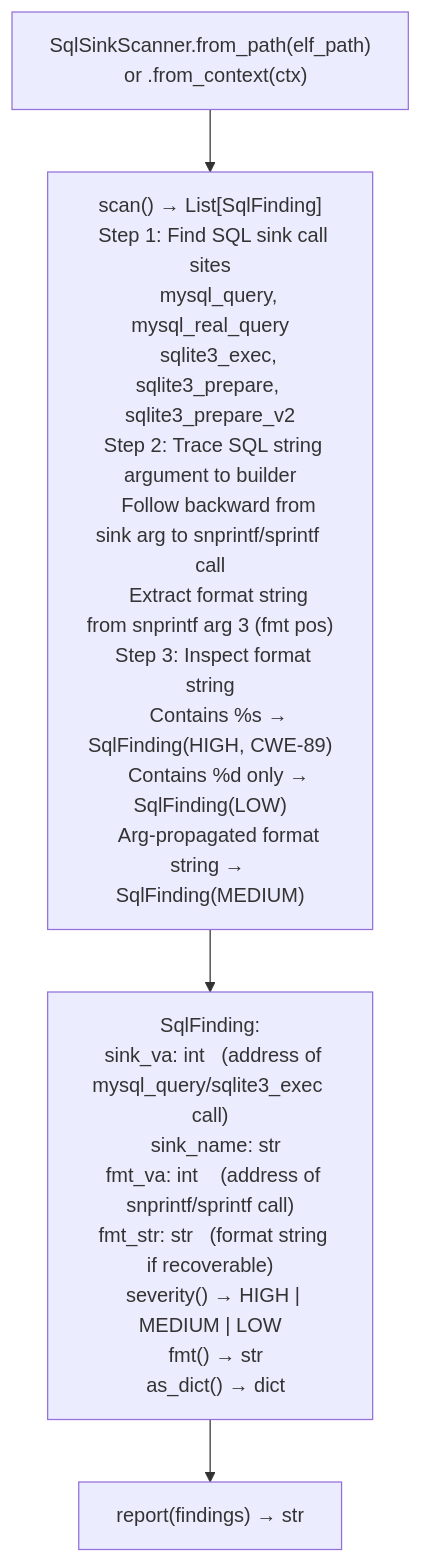
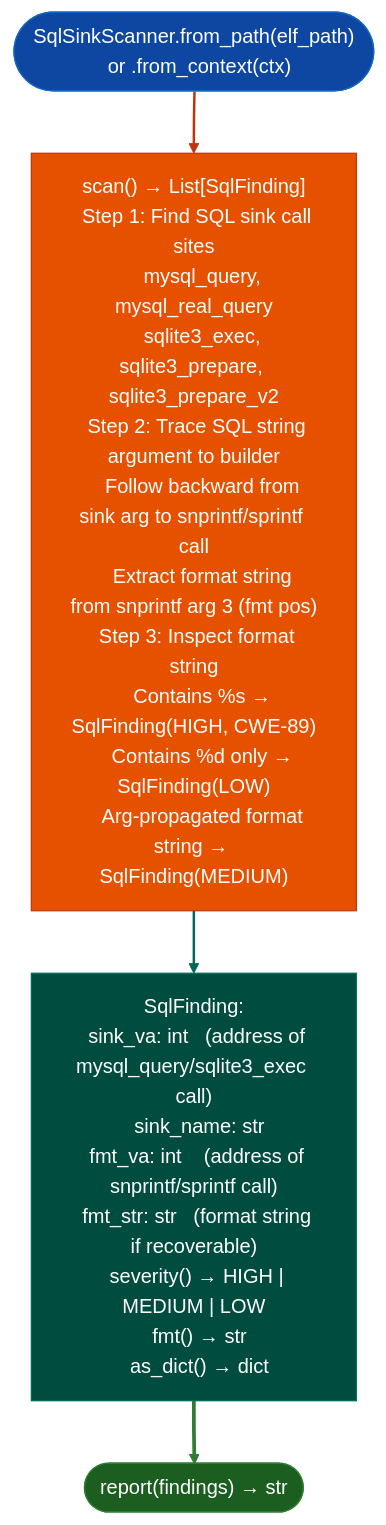
One commit to Ablation-Tool/ablation changed the diagram in docs/reference-modules/database-storage-exposure.md. Above: the diagram before and after it, drawn with Mermaid. The commit also changed 320 other files, not shown here.

First line of the commit message:
docs: apply canonical Mermaid template to all 321 diagrams

````diff
--- a/docs/reference-modules/database-storage-exposure.md
+++ b/docs/reference-modules/database-storage-exposure.md
@@ -19,6 +19,15 @@
 ```mermaid
 flowchart TD
-    A["SqlSinkScanner.from_path(elf_path)\n  or .from_context(ctx)"] --> B["scan() → List[SqlFinding]\n  Step 1: Find SQL sink call sites\n    mysql_query, mysql_real_query\n    sqlite3_exec, sqlite3_prepare, sqlite3_prepare_v2\n  Step 2: Trace SQL string argument to builder\n    Follow backward from sink arg to snprintf/sprintf call\n    Extract format string from snprintf arg 3 (fmt pos)\n  Step 3: Inspect format string\n    Contains %s → SqlFinding(HIGH, CWE-89)\n    Contains %d only → SqlFinding(LOW)\n    Arg-propagated format string → SqlFinding(MEDIUM)"]
-    B --> C["SqlFinding:\n  sink_va: int   (address of mysql_query/sqlite3_exec call)\n  sink_name: str\n  fmt_va: int    (address of snprintf/sprintf call)\n  fmt_str: str   (format string if recoverable)\n  severity() → HIGH | MEDIUM | LOW\n  fmt() → str\n  as_dict() → dict"]
-    C --> D["report(findings) → str"]
+    A(["SqlSinkScanner.from_path(elf_path)\n  or .from_context(ctx)"]):::input --> B["scan() → List[SqlFinding]\n  Step 1: Find SQL sink call sites\n    mysql_query, mysql_real_query\n    sqlite3_exec, sqlite3_prepare, sqlite3_prepare_v2\n  Step 2: Trace SQL string argument to builder\n    Follow backward from sink arg to snprintf/sprintf call\n    Extract format string from snprintf arg 3 (fmt pos)\n  Step 3: Inspect format string\n    Contains %s → SqlFinding(HIGH, CWE-89)\n    Contains %d only → SqlFinding(LOW)\n    Arg-propagated format string → SqlFinding(MEDIUM)"]:::primary
+    B:::primary --> C["SqlFinding:\n  sink_va: int   (address of mysql_query/sqlite3_exec call)\n  sink_name: str\n  fmt_va: int    (address of snprintf/sprintf call)\n  fmt_str: str   (format string if recoverable)\n  severity() → HIGH | MEDIUM | LOW\n  fmt() → str\n  as_dict() → dict"]:::secondary
+    C:::secondary --> D(["report(findings) → str"]):::output
+    classDef input     fill:#0d47a1,stroke:#1565c0,color:#fff
+    classDef primary   fill:#e65100,stroke:#bf360c,color:#fff
+    classDef secondary fill:#004d40,stroke:#00695c,color:#fff
+    classDef tertiary  fill:#4a148c,stroke:#6a1b9a,color:#fff
+    classDef neutral   fill:#37474f,stroke:#546e7a,color:#fff
+    classDef output    fill:#1b5e20,stroke:#2e7d32,color:#fff
+    linkStyle 0 stroke:#bf360c,stroke-width:2px
+    linkStyle 1 stroke:#00695c,stroke-width:2px
+    linkStyle 2 stroke:#2e7d32,stroke-width:3px
 ```
````
